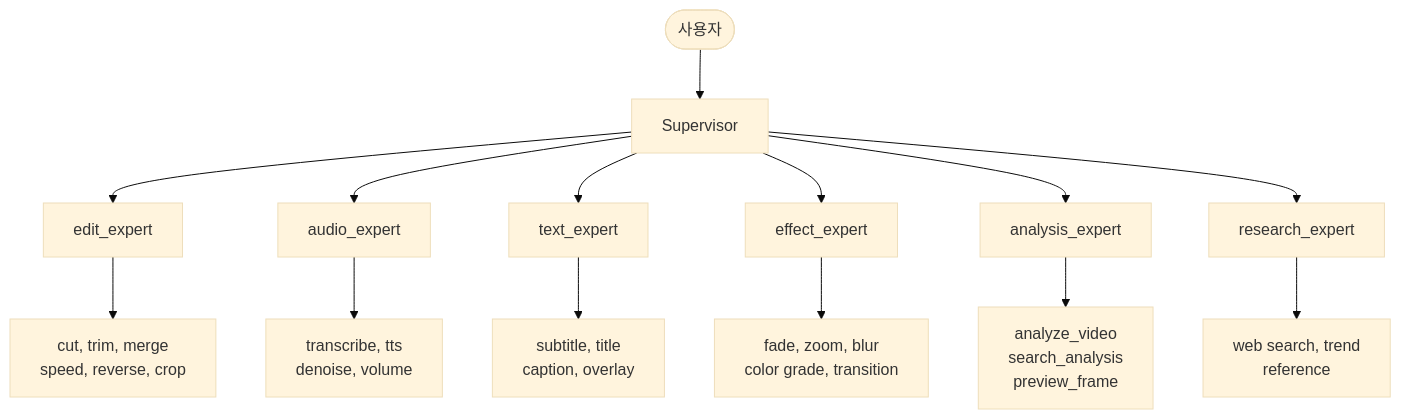
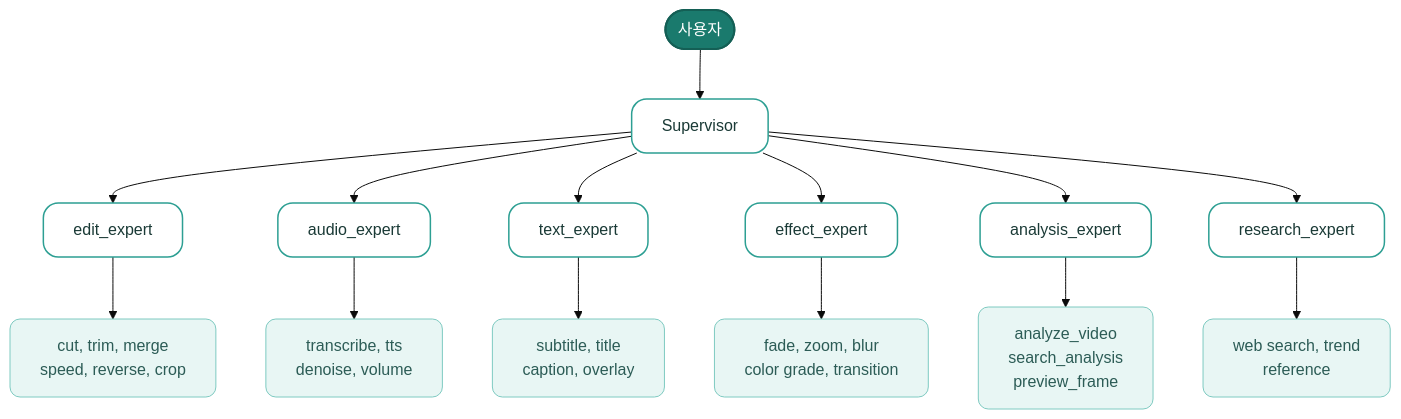
Before and after one commit to 2026-1-prometheus-4-team/video-agent-study: the second of 2 diagrams in README.md, drawn with Mermaid (base theme). The commit also changed other lines of this file, not shown here.

Commit message:
docs: add mermaid diagrams and fix license to MIT

````diff
--- a/README.md
+++ b/README.md
@@ -77,18 +85,26 @@
 ```mermaid
 flowchart TD
     User([사용자]) --> Supervisor[Supervisor]
 
     Supervisor --> Edit[edit_expert]
     Supervisor --> Audio[audio_expert]
     Supervisor --> Text[text_expert]
     Supervisor --> Effect[effect_expert]
     Supervisor --> Analysis[analysis_expert]
     Supervisor --> Research[research_expert]
 
     Edit --> EditTools["cut, trim, merge\nspeed, reverse, crop"]
     Audio --> AudioTools["transcribe, tts\ndenoise, volume"]
     Text --> TextTools["subtitle, title\ncaption, overlay"]
     Effect --> EffectTools["fade, zoom, blur\ncolor grade, transition"]
     Analysis --> AnalysisTools["analyze_video\nsearch_analysis\npreview_frame"]
     Research --> ResearchTools["web search, trend\nreference"]
+
+    classDef emphasisClass fill:#1a7a6d,stroke:#145f55,stroke-width:2px,color:#fff,rx:15,ry:15
+    classDef normalClass fill:#fff,stroke:#2d9f93,stroke-width:1.5px,color:#1a3a36,rx:15,ry:15
+    classDef processClass fill:#e8f6f4,stroke:#7ecac1,stroke-width:1px,color:#2c5c56,rx:10,ry:10
+
+    class User emphasisClass
+    class Supervisor,Edit,Audio,Text,Effect,Analysis,Research normalClass
+    class EditTools,AudioTools,TextTools,EffectTools,AnalysisTools,ResearchTools processClass
 ```
````
